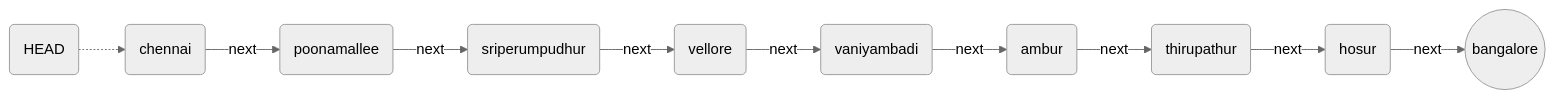
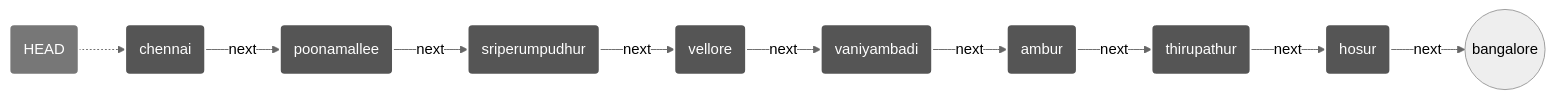
One commit to PugazharasanC/Problem-Solving-Session-Apr-10 changed the fifth of 6 diagrams in list.md. Above: the diagram before and after it, drawn with Mermaid (neutral theme). The commit also changed other lines of this file, not shown here.

````diff
--- a/list.md
+++ b/list.md
@@ -69,12 +138,22 @@
 ```mermaid
 graph LR
+    style head fill:#777777,stroke:#ffffff,stroke-width:2px,color:#ffffff
+    style node1 fill:#555555,stroke:#ffffff,stroke-width:2px,color:#ffffff
+    style node2 fill:#555555,stroke:#ffffff,stroke-width:2px,color:#ffffff
+    style node3 fill:#555555,stroke:#ffffff,stroke-width:2px,color:#ffffff
+    style node4 fill:#555555,stroke:#ffffff,stroke-width:2px,color:#ffffff
+    style node5 fill:#555555,stroke:#ffffff,stroke-width:2px,color:#ffffff
+    style node6 fill:#555555,stroke:#ffffff,stroke-width:2px,color:#ffffff
+    style node7 fill:#555555,stroke:#ffffff,stroke-width:2px,color:#ffffff
+    style node8 fill:#555555,stroke:#ffffff,stroke-width:2px,color:#ffffff
+
     head(HEAD) -.-> node1(chennai)
     node1 --next--> node2(poonamallee)
     node2 --next--> node3(sriperumpudhur)
     node3 --next--> node4(vellore)
     node4 --next--> node5(vaniyambadi)
     node5 --next--> node6(ambur)
     node6 --next--> node7(thirupathur)
     node7 --next--> node8(hosur)
-    node8 --next--> null((bangalore))
+    node8 --next--> node9((bangalore))
 ```
````
